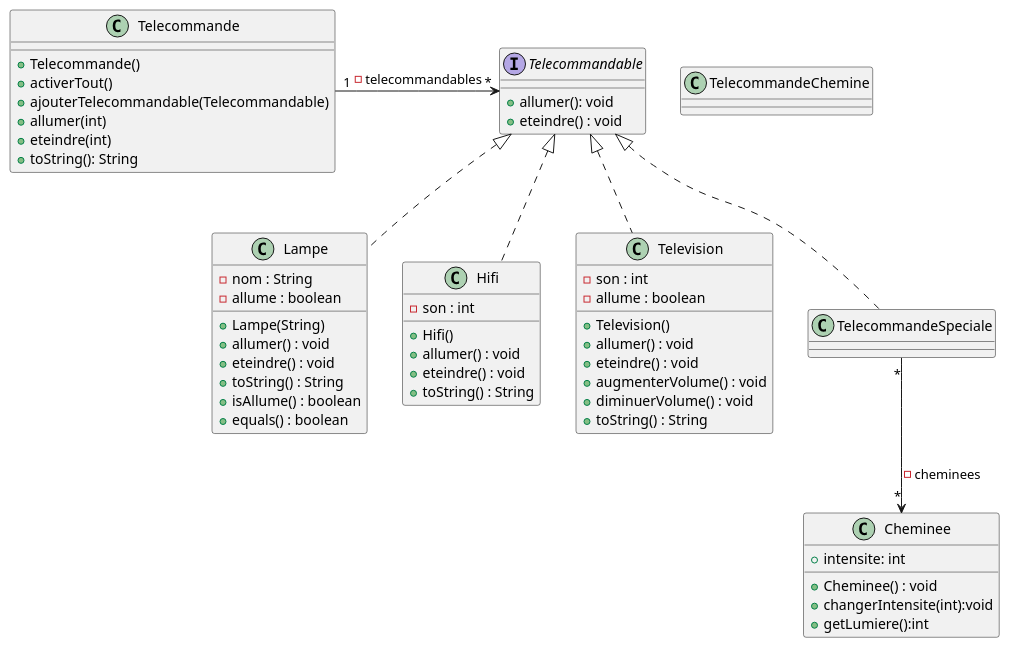
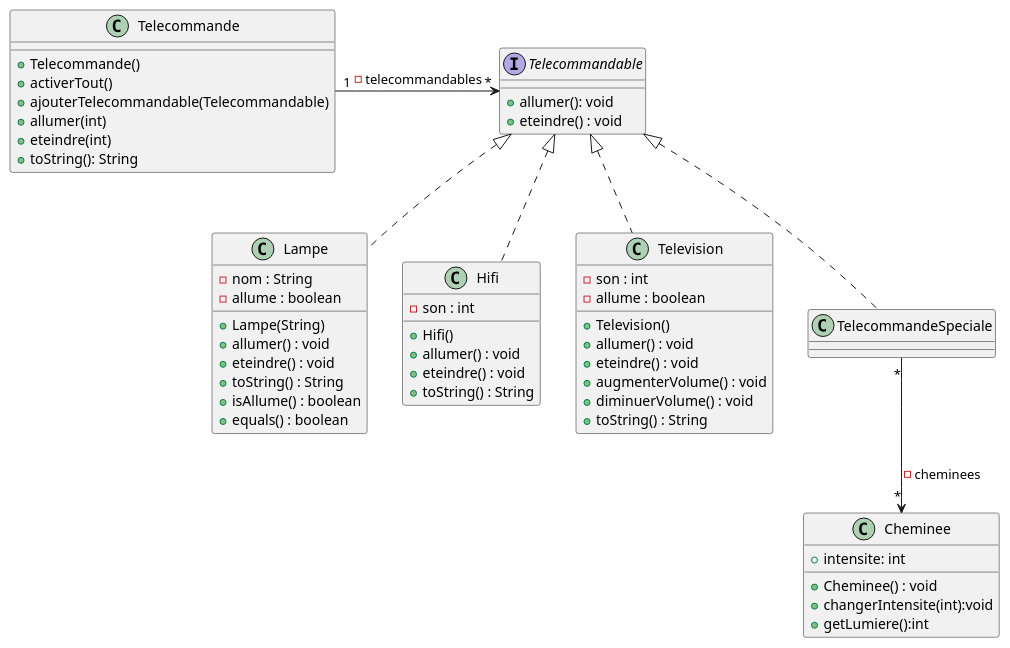
One commit to alannMonnier/2023_domotique_monnierb2u_segard6u changed the diagram in domotique/TD8.puml. Above: the diagram before and after it, drawn with PlantUML. The commit also changed 2 other files, not shown here.

```diff
--- a/domotique/TD8.puml
+++ b/domotique/TD8.puml
@@ -1,67 +1,64 @@
 @startuml
 'https://plantuml.com/sequence-diagram
 
 class Lampe{
 -nom : String
 -allume : boolean
 +Lampe(String)
 +allumer() : void
 +eteindre() : void
 +toString() : String
 +isAllume() : boolean
 +equals() : boolean
 }
 
 class Telecommande{
 + Telecommande()
 + activerTout()
 + ajouterTelecommandable(Telecommandable)
 + allumer(int)
 + eteindre(int)
 + toString(): String
 }
 
 class Hifi{
 -son : int
 +Hifi()
 +allumer() : void
 +eteindre() : void
 +toString() : String
 }
 
 class Television{
 -son : int
 -allume : boolean
 +Television()
 +allumer() : void
 +eteindre() : void
 +augmenterVolume() : void
 +diminuerVolume() : void
 +toString() : String
 }
 
 Interface Telecommandable{
  + allumer(): void
  + eteindre() : void
 }
 
 
 class Cheminee{
     + intensite: int
     +Cheminee() : void
     + changerIntensite(int):void
     + getLumiere():int
 }
 
-class TelecommandeChemine{
-
-}
 
 '''relations
 Telecommande "1" -> "*"Telecommandable: -telecommandables
 Hifi  .up.|> Telecommandable
 Television .up.|> Telecommandable
 Lampe .up.|> Telecommandable
 TelecommandeSpeciale .up.|> Telecommandable
 TelecommandeSpeciale "*" --> "*" Cheminee : -cheminees
 @endum
```
